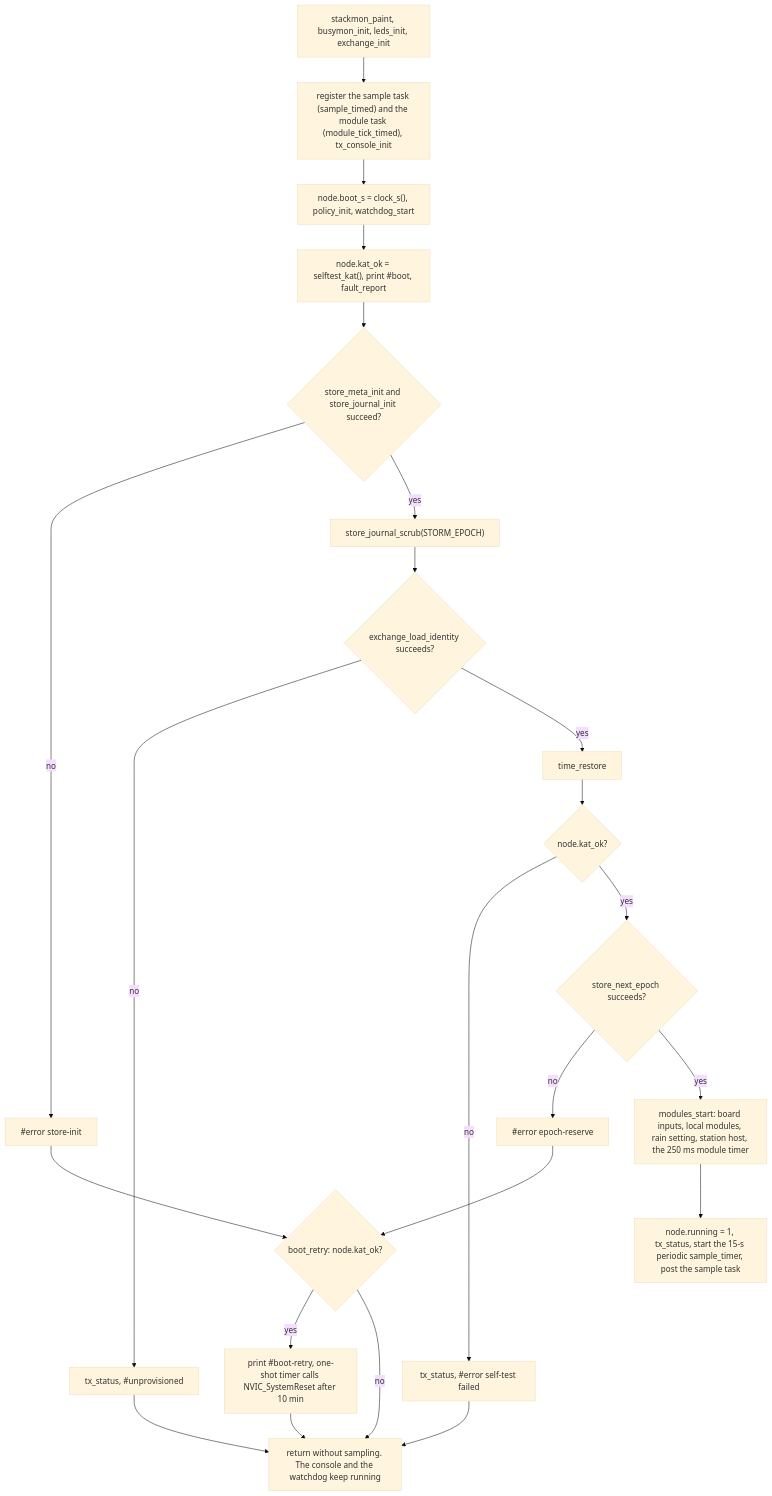
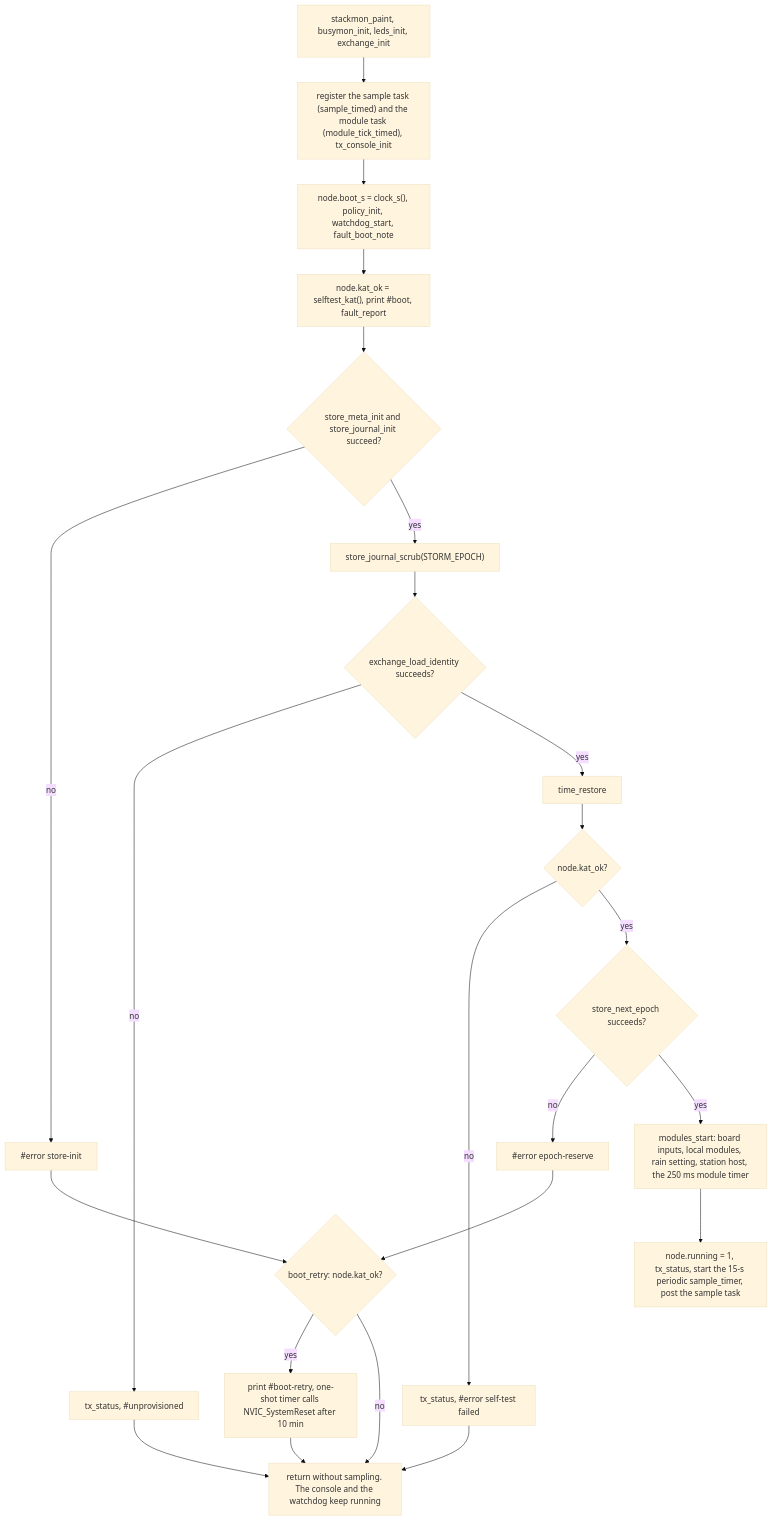
The first of 4 diagrams in firmware/stage0-node/App/app_tx.lit.md (clintecker/weather-station-2026), drawn with Mermaid (base theme) before and after one commit. The commit also changed other lines of this file and 303 other files, not shown here.

````diff
--- a/firmware/stage0-node/App/app_tx.lit.md
+++ b/firmware/stage0-node/App/app_tx.lit.md
@@ -59,25 +59,25 @@
 ```mermaid
 flowchart TD
   A["stackmon_paint, busymon_init, leds_init, exchange_init"] --> B["register the sample task (sample_timed) and the module task (module_tick_timed), tx_console_init"]
-  B --> C["node.boot_s = clock_s(), policy_init, watchdog_start"]
+  B --> C["node.boot_s = clock_s(), policy_init, watchdog_start, fault_boot_note"]
   C --> D["node.kat_ok = selftest_kat(), print #boot, fault_report"]
   D --> E{"store_meta_init and store_journal_init succeed?"}
   E -- no --> E1["#error store-init"]
   E -- yes --> F["store_journal_scrub(STORM_EPOCH)"]
   F --> G{"exchange_load_identity succeeds?"}
   G -- no --> G1["tx_status, #unprovisioned"]
   G -- yes --> H["time_restore"]
   H --> I{"node.kat_ok?"}
   I -- no --> I1["tx_status, #error self-test failed"]
   I -- yes --> J{"store_next_epoch succeeds?"}
   J -- no --> J1["#error epoch-reserve"]
   J -- yes --> K["modules_start: board inputs, local modules, rain setting, station host, the 250 ms module timer"]
   K --> L["node.running = 1, tx_status, start the 15-s periodic sample_timer, post the sample task"]
   E1 --> R{"boot_retry: node.kat_ok?"}
   J1 --> R
   R -- yes --> R1["print #boot-retry, one-shot timer calls NVIC_SystemReset after 10 min"]
   R -- no --> X["return without sampling. The console and the watchdog keep running"]
   R1 --> X
   G1 --> X
   I1 --> X
 ```
````
